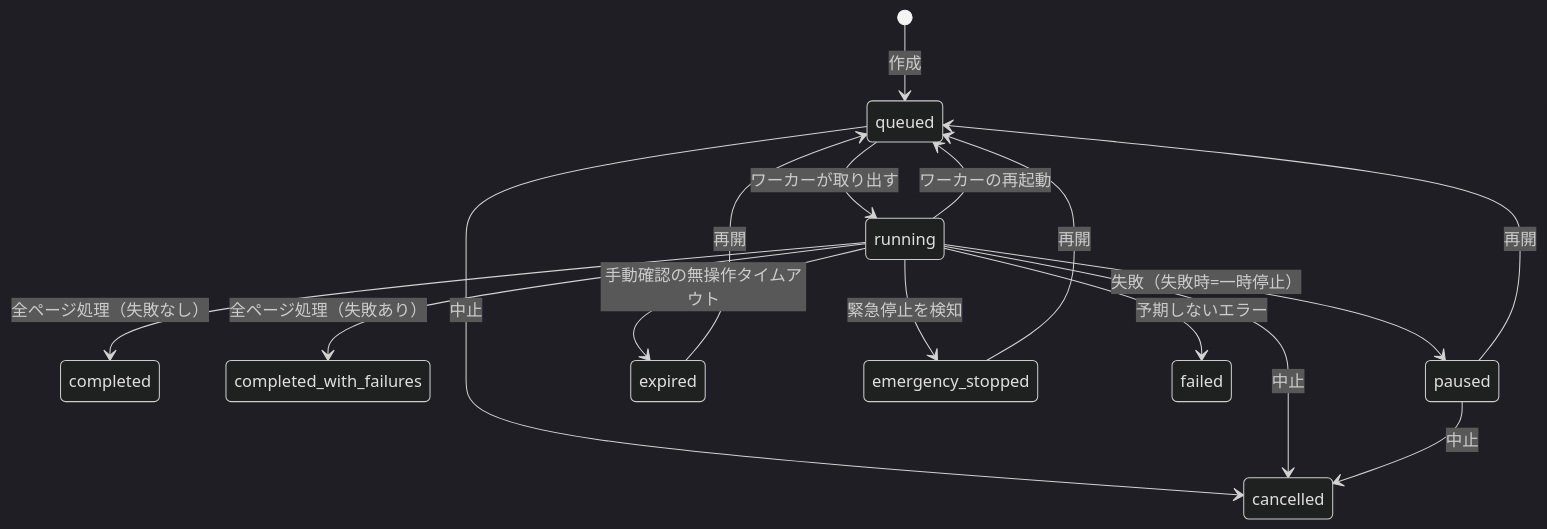
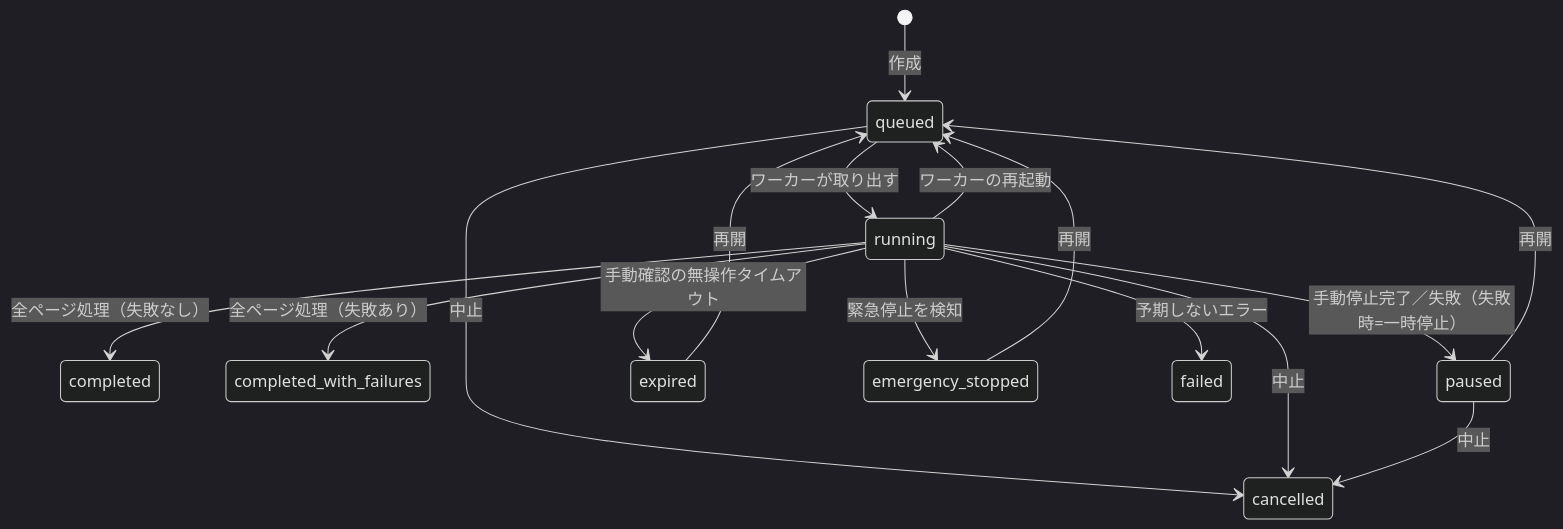
One commit to nanona15dobato/nanonaBot-Web changed the second of 3 diagrams in docs/task-lifecycle.md. Above: the diagram before and after it, drawn with Mermaid (dark theme). The commit also changed other lines of this file and 50 other files, not shown here.

````diff
--- a/docs/task-lifecycle.md
+++ b/docs/task-lifecycle.md
@@ -57,18 +59,18 @@
 ```mermaid
 stateDiagram-v2
   [*] --> queued: 作成
   queued --> running: ワーカーが取り出す
   running --> completed: 全ページ処理（失敗なし）
   running --> completed_with_failures: 全ページ処理（失敗あり）
-  running --> paused: 失敗（失敗時=一時停止）
+  running --> paused: 手動停止完了／失敗（失敗時=一時停止）
   running --> expired: 手動確認の無操作タイムアウト
   running --> emergency_stopped: 緊急停止を検知
   running --> failed: 予期しないエラー
   running --> queued: ワーカーの再起動
   queued --> cancelled: 中止
   running --> cancelled: 中止
   paused --> cancelled: 中止
   paused --> queued: 再開
   emergency_stopped --> queued: 再開
   expired --> queued: 再開
 ```
````
